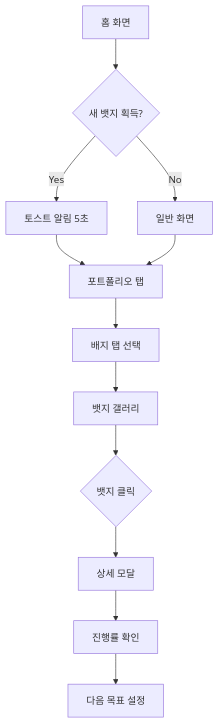
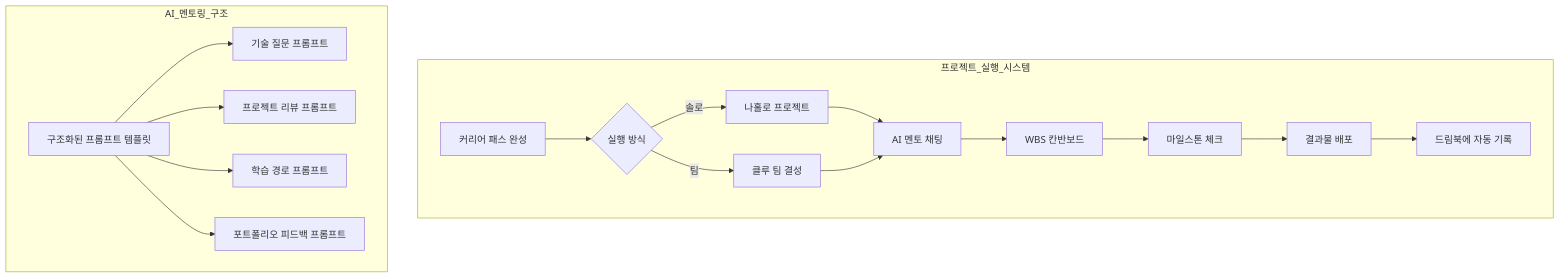
The third of 7 diagrams in frontend/docs/CHANGES_SUMMARY.md (Collegenie-X/AI-career-path), drawn with Mermaid before and after one commit. The commit also changed other lines of this file and 3 other files, not shown here.

````diff
--- a/frontend/docs/CHANGES_SUMMARY.md
+++ b/frontend/docs/CHANGES_SUMMARY.md
@@ -276,14 +122,23 @@
 ```mermaid
 graph TD
-    A[홈 화면] --> B{새 뱃지 획득?}
-    B -->|Yes| C[토스트 알림 5초]
-    B -->|No| D[일반 화면]
-    C --> E[포트폴리오 탭]
-    D --> E
-    E --> F[배지 탭 선택]
-    F --> G[뱃지 갤러리]
-    G --> H{뱃지 클릭}
-    H --> I[상세 모달]
-    I --> J[진행률 확인]
-    J --> K[다음 목표 설정]
+    subgraph 프로젝트_실행_시스템
+        A[커리어 패스 완성] --> B{실행 방식}
+        B -->|솔로| C[나홀로 프로젝트]
+        B -->|팀| D[클루 팀 결성]
+
+        C --> E[AI 멘토 채팅]
+        D --> E
+        E --> F[WBS 칸반보드]
+        F --> G[마일스톤 체크]
+        G --> H[결과물 배포]
+        H --> I[드림북에 자동 기록]
+    end
+
+    subgraph AI_멘토링_구조
+        J[구조화된 프롬프트 템플릿]
+        J --> K[기술 질문 프롬프트]
+        J --> L[프로젝트 리뷰 프롬프트]
+        J --> M[학습 경로 프롬프트]
+        J --> N[포트폴리오 피드백 프롬프트]
+    end
 ```
````
